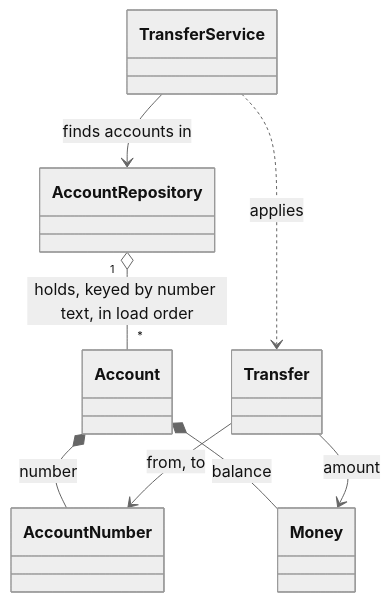
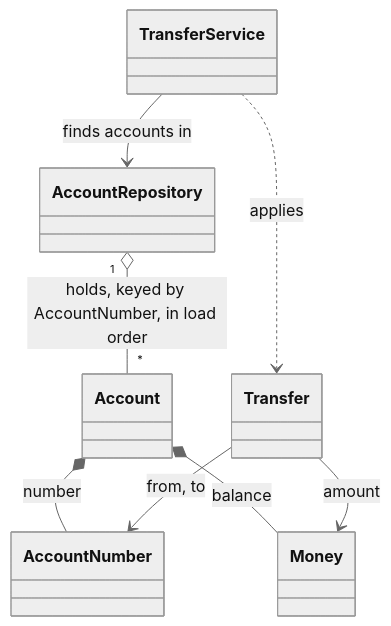
Before and after one commit to hetal-patel78/mable-backend-code-challenge: the diagram in specs/001-domain/data-model.md, drawn with Mermaid (neutral theme). The commit also changed other lines of this file and 14 other files, not shown here.

First line of the commit message:
Make AccountNumber a Data record and key the repository by it

````diff
--- a/specs/001-domain/data-model.md
+++ b/specs/001-domain/data-model.md
@@ -7,10 +7,10 @@
 ```mermaid
 classDiagram
-    AccountRepository "1" o-- "*" Account : holds, keyed by number text, in load order
+    AccountRepository "1" o-- "*" Account : holds, keyed by AccountNumber, in load order
     Account *-- AccountNumber : number
     Account *-- Money : balance
     Transfer --> AccountNumber : from, to
     Transfer --> Money : amount
     TransferService --> AccountRepository : finds accounts in
     TransferService ..> Transfer : applies
 ```
````
